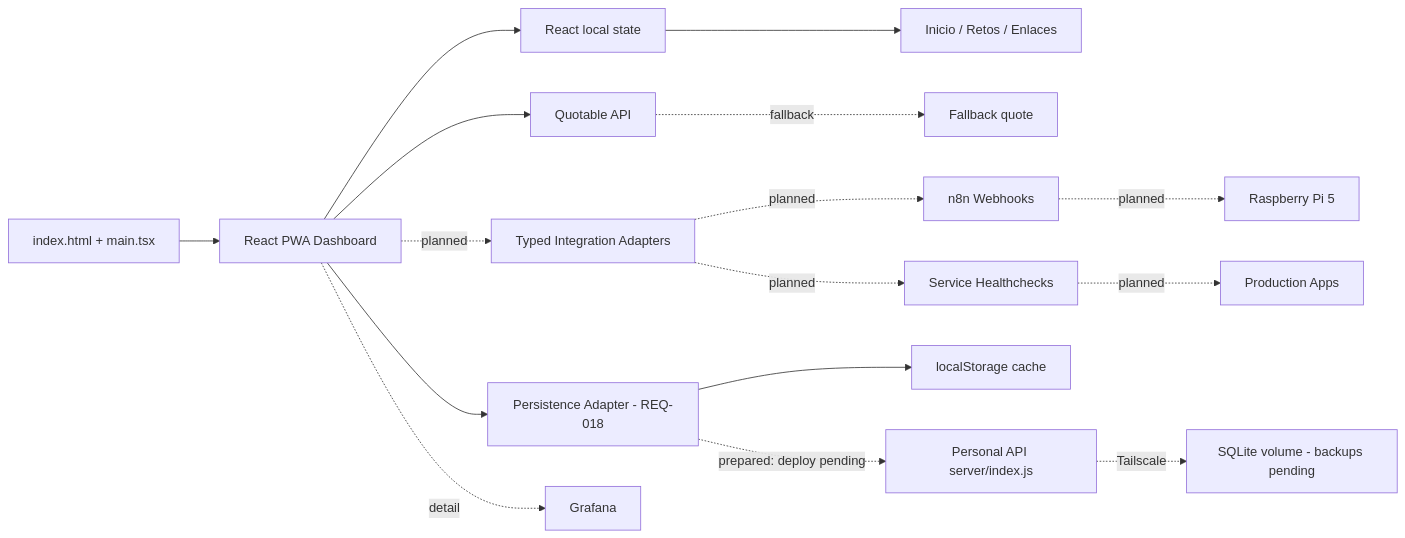
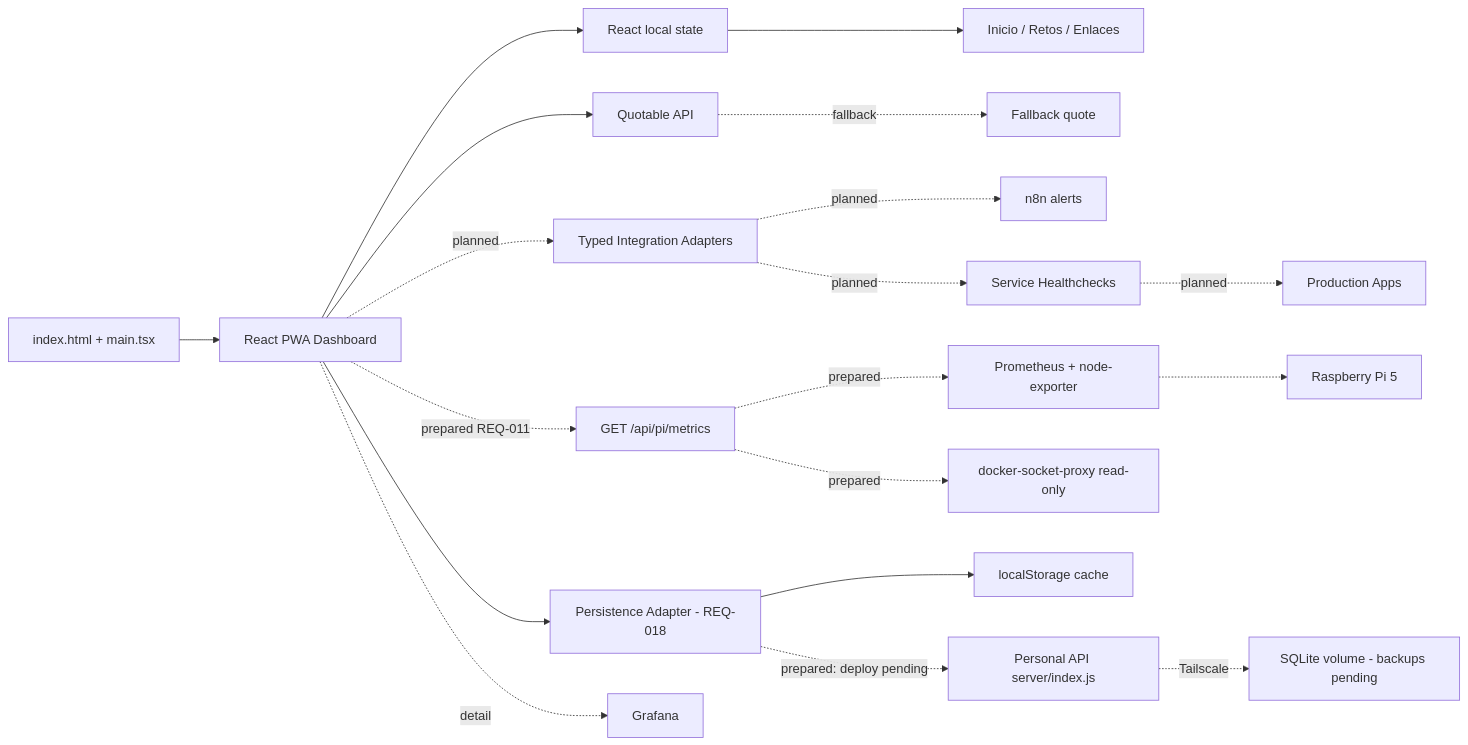
Before and after one commit to alonsomoros/ALON_alxns-hub-app: the diagram in docs/diagramas/architecture-diagrams.mmd, drawn with Mermaid. The commit also changed 26 other files, not shown here.

First line of the commit message:
feat(metrics): serve real Raspberry metrics via API and poll them every 60s (REQ-011)

```diff
--- a/docs/diagramas/architecture-diagrams.mmd
+++ b/docs/diagramas/architecture-diagrams.mmd
@@ -1,16 +1,19 @@
 flowchart LR
   BOOT[index.html + main.tsx] --> UI[React PWA Dashboard]
   UI --> STATE[React local state]
   STATE --> SCREENS[Inicio / Retos / Enlaces]
   UI --> QUOTE[Quotable API]
   QUOTE -. fallback .-> LOCAL[Fallback quote]
   UI -. planned .-> AD[Typed Integration Adapters]
-  AD -. planned .-> N8N[n8n Webhooks]
-  N8N -. planned .-> PI[Raspberry Pi 5]
+  UI -. prepared REQ-011 .-> PIAPI[GET /api/pi/metrics]
+  PIAPI -. prepared .-> PROM[Prometheus + node-exporter]
+  PIAPI -. prepared .-> DPROXY[docker-socket-proxy read-only]
+  PROM -.-> PI[Raspberry Pi 5]
+  AD -. planned .-> N8N[n8n alerts]
   AD -. planned .-> HC[Service Healthchecks]
   HC -. planned .-> APPS[Production Apps]
   UI --> PA[Persistence Adapter - REQ-018]
   PA --> LOCALSTORE[localStorage cache]
   PA -. prepared: deploy pending .-> API[Personal API server/index.js]
   API -. Tailscale .-> DB[SQLite volume - backups pending]
   UI -. detail .-> G[Grafana]
```
